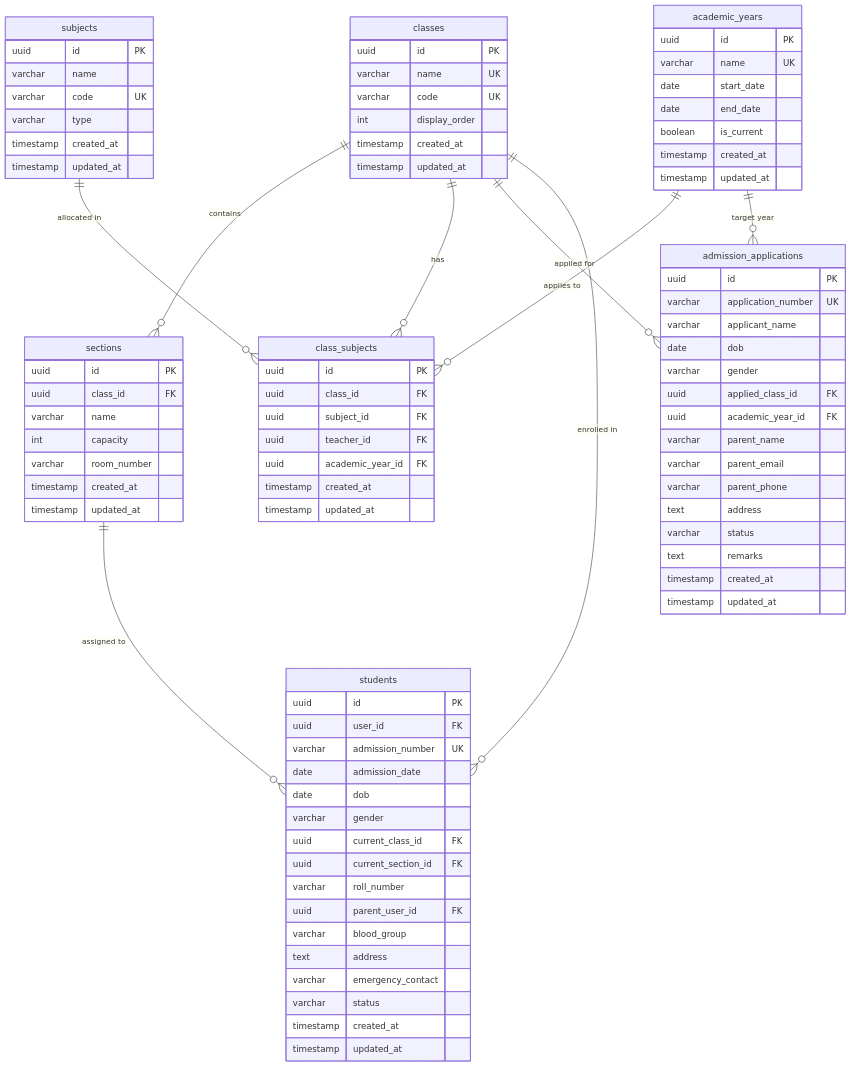
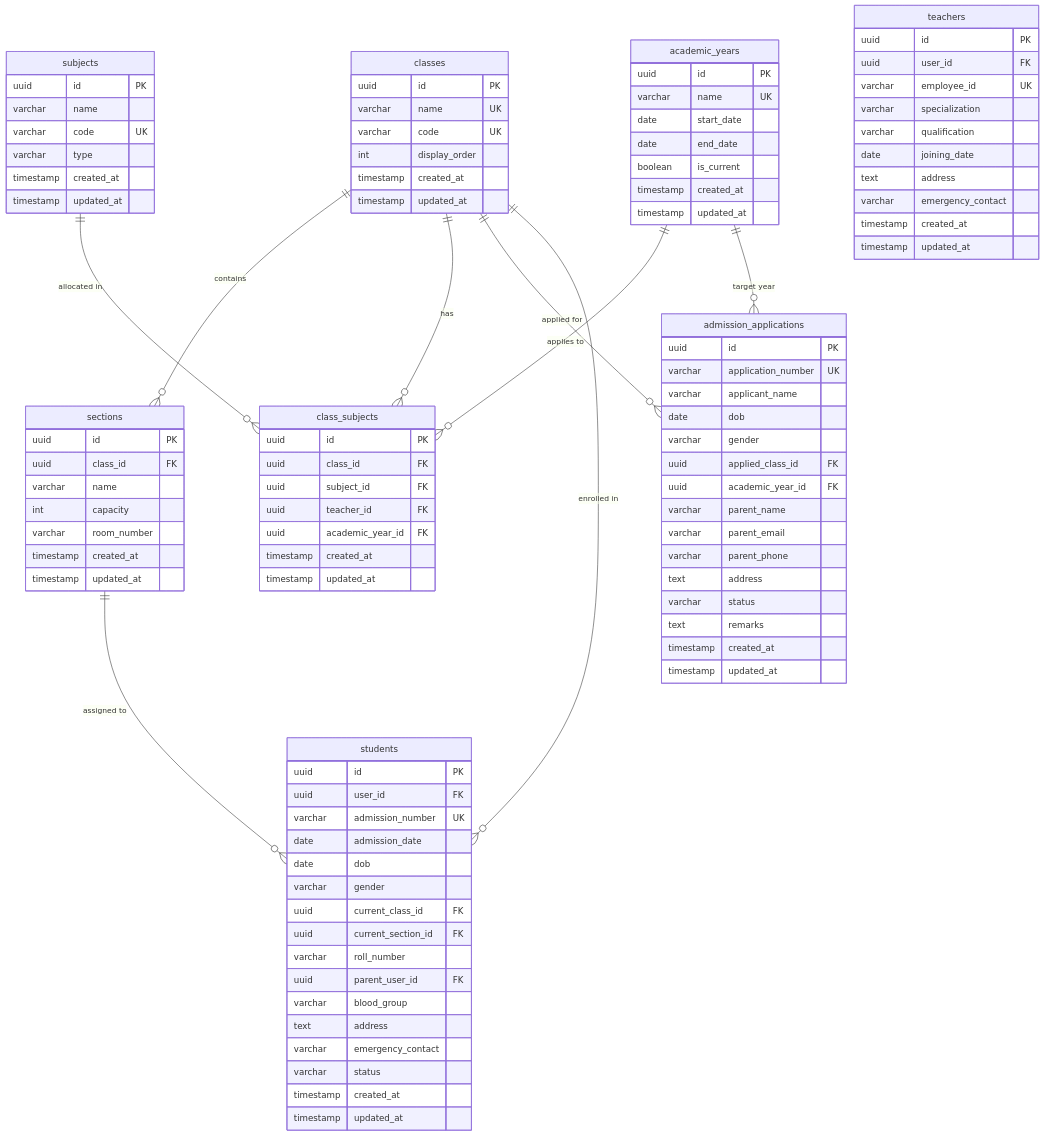
One commit to Sahilkr0225/Saksham changed the diagram in docs/phase2_system_design/core_erp_schema.md. Above: the diagram before and after it, drawn with Mermaid. The commit also changed 1 other file, not shown here.

Commit message:
feat(teacher): add teacher database schema

```diff
--- a/docs/phase2_system_design/core_erp_schema.md
+++ b/docs/phase2_system_design/core_erp_schema.md
@@ -93,6 +93,19 @@
         timestamp updated_at
     }
 
+    teachers {
+        uuid id PK
+        uuid user_id FK
+        varchar employee_id UK
+        varchar specialization
+        varchar qualification
+        date joining_date
+        text address
+        varchar emergency_contact
+        timestamp created_at
+        timestamp updated_at
+    }
+
     classes ||--o{ sections : "contains"
     classes ||--o{ class_subjects : "has"
     subjects ||--o{ class_subjects : "allocated in"
```
